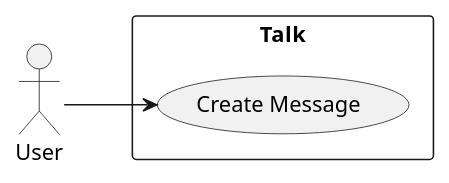
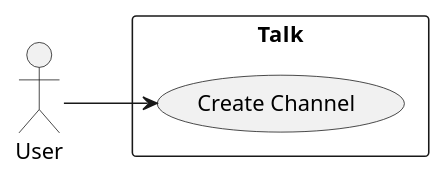
The diagram in docs/usecases/useCases.puml (rodrigoprestesmachado/talk), drawn with PlantUML before and after one commit. The commit also changed 12 other files, not shown here.

```diff
--- a/docs/usecases/useCases.puml
+++ b/docs/usecases/useCases.puml
@@ -1,12 +1,13 @@
 @startuml
 left to right direction
 
 actor "User" as user
 
 rectangle Talk {
     usecase "Create Message" as UC1
+    usecase "Create Channel" as UC1
 }
 
 user -->  UC1
 
 @enduml
```
